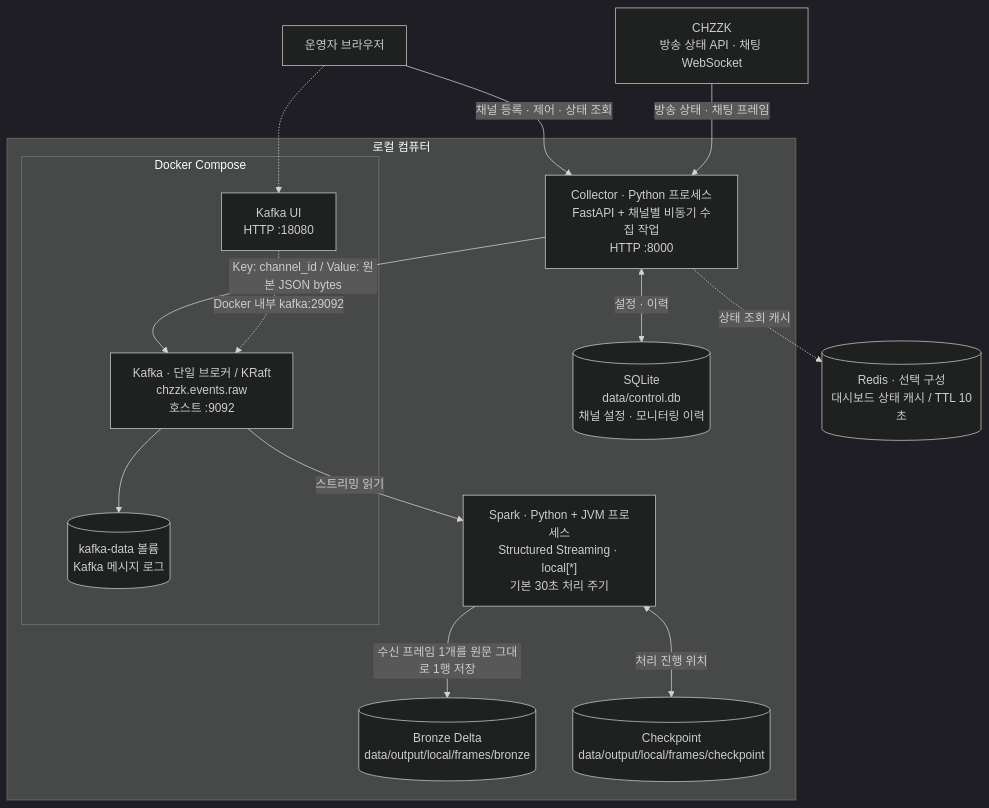
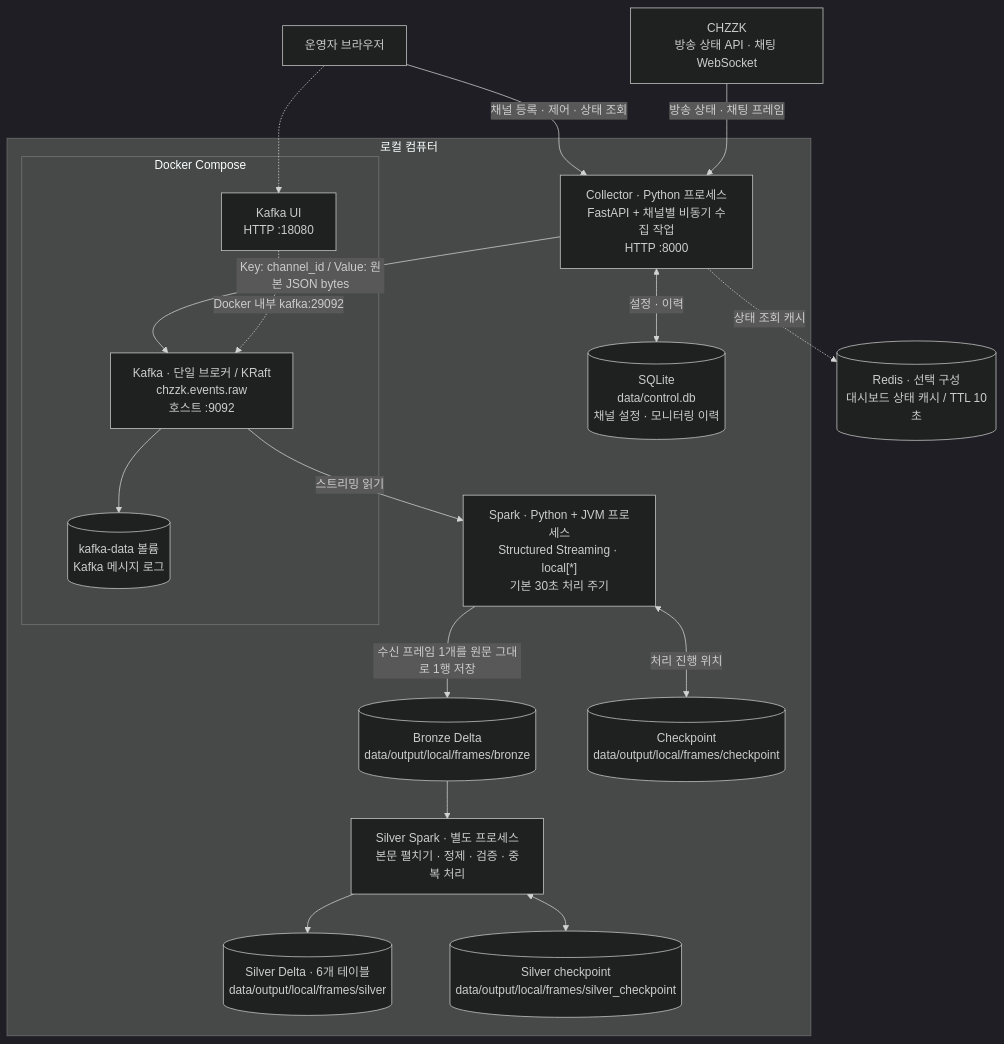
One commit to Recklehs/chzzk-chat-pipeline changed the first of 3 diagrams in docs/architecture.md. Above: the diagram before and after it, drawn with Mermaid (dark theme). The commit also changed other lines of this file and 8 other files, not shown here.

First line of the commit message:
feat: add Bronze-to-Silver Delta pipeline

````diff
--- a/docs/architecture.md
+++ b/docs/architecture.md
@@ -9,31 +9,37 @@
 ```mermaid
 flowchart TB
     CH["CHZZK<br/>방송 상태 API · 채팅 WebSocket"]
     USER["운영자 브라우저"]
 
     subgraph HOST["로컬 컴퓨터"]
         COL["Collector · Python 프로세스<br/>FastAPI + 채널별 비동기 수집 작업<br/>HTTP :8000"]
         SQL[("SQLite<br/>data/control.db<br/>채널 설정 · 모니터링 이력")]
         subgraph DOCKER["Docker Compose"]
             K["Kafka · 단일 브로커 / KRaft<br/>chzzk.events.raw<br/>호스트 :9092"]
             VOL[("kafka-data 볼륨<br/>Kafka 메시지 로그")]
             UI["Kafka UI<br/>HTTP :18080"]
         end
         SP["Spark · Python + JVM 프로세스<br/>Structured Streaming · local[*]<br/>기본 30초 처리 주기"]
         BR[("Bronze Delta<br/>data/output/local/frames/bronze")]
         CP[("Checkpoint<br/>data/output/local/frames/checkpoint")]
+        SS["Silver Spark · 별도 프로세스<br/>본문 펼치기 · 정제 · 검증 · 중복 처리"]
+        SL[("Silver Delta · 6개 테이블<br/>data/output/local/frames/silver")]
+        SC[("Silver checkpoint<br/>data/output/local/frames/silver_checkpoint")]
     end
 
     USER -->|"채널 등록 · 제어 · 상태 조회"| COL
     CH -->|"방송 상태 · 채팅 프레임"| COL
     COL <-->|"설정 · 이력"| SQL
     COL -->|"Key: channel_id / Value: 원본 JSON bytes"| K
     K --> VOL
     K -->|"스트리밍 읽기"| SP
     SP -->|"수신 프레임 1개를 원문 그대로 1행 저장"| BR
     SP <-->|"처리 진행 위치"| CP
+    BR --> SS
+    SS --> SL
+    SS <--> SC
     USER -.-> UI
     UI -. "Docker 내부 kafka:29092" .-> K
     REDIS[("Redis · 선택 구성<br/>대시보드 상태 캐시 / TTL 10초")]
     COL -. "상태 조회 캐시" .-> REDIS
 ```
````
